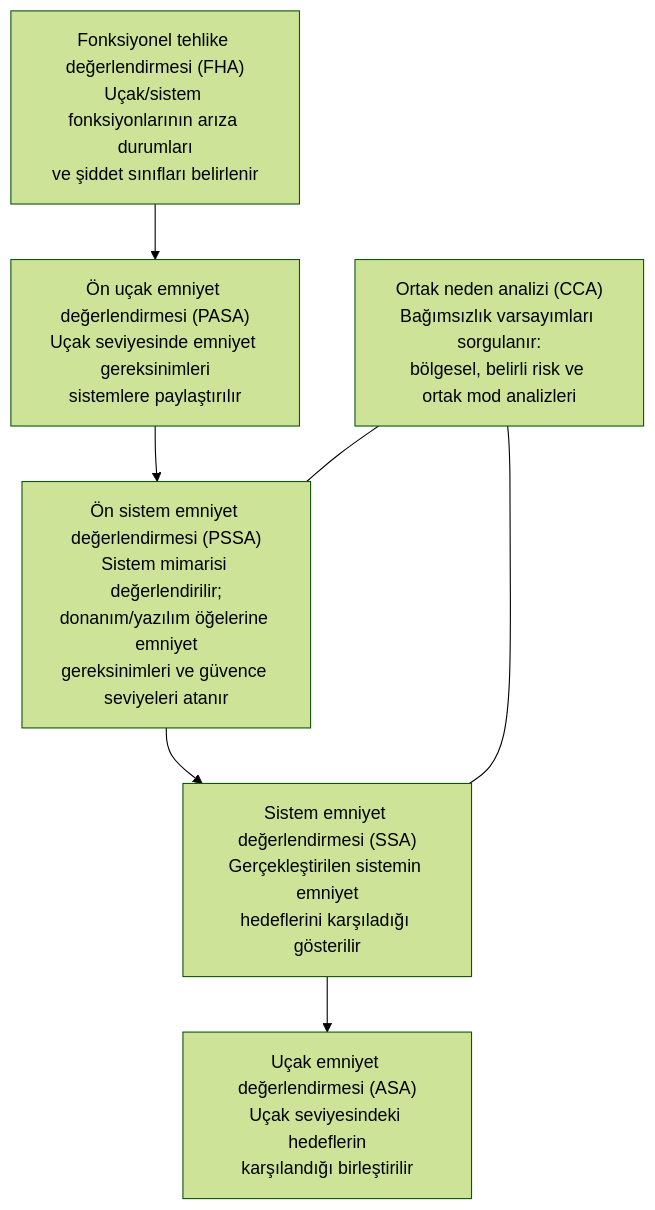
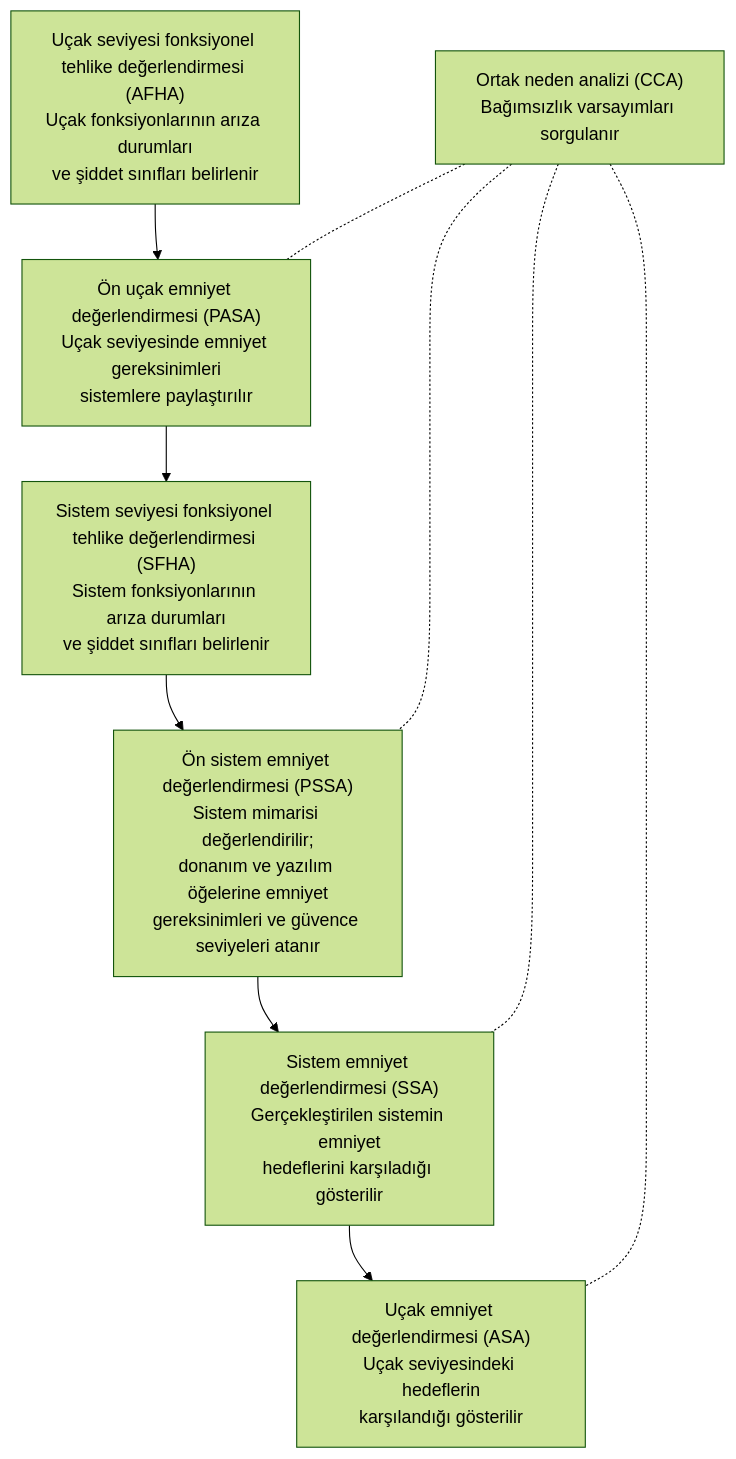
One commit to Mavrikant/aviyonikyazilim changed the first of 2 diagrams in kitap/02-baglam/03-sistem-emniyet-degerlendirmesi-baglaminda-yazilim.md. Above: the diagram before and after it, drawn with Mermaid (forest theme). The commit also changed other lines of this file and 35 other files, not shown here.

````diff
--- a/kitap/02-baglam/03-sistem-emniyet-degerlendirmesi-baglaminda-yazilim.md
+++ b/kitap/02-baglam/03-sistem-emniyet-degerlendirmesi-baglaminda-yazilim.md
@@ -21,13 +27,16 @@
 ```mermaid
 flowchart TD
-    FHA["Fonksiyonel tehlike değerlendirmesi (FHA)<br/>Uçak/sistem fonksiyonlarının arıza durumları<br/>ve şiddet sınıfları belirlenir"]
+    AFHA["Uçak seviyesi fonksiyonel tehlike değerlendirmesi (AFHA)<br/>Uçak fonksiyonlarının arıza durumları<br/>ve şiddet sınıfları belirlenir"]
     PASA["Ön uçak emniyet değerlendirmesi (PASA)<br/>Uçak seviyesinde emniyet gereksinimleri<br/>sistemlere paylaştırılır"]
-    PSSA["Ön sistem emniyet değerlendirmesi (PSSA)<br/>Sistem mimarisi değerlendirilir;<br/>donanım/yazılım öğelerine emniyet<br/>gereksinimleri ve güvence seviyeleri atanır"]
-    CCA["Ortak neden analizi (CCA)<br/>Bağımsızlık varsayımları sorgulanır:<br/>bölgesel, belirli risk ve ortak mod analizleri"]
+    SFHA["Sistem seviyesi fonksiyonel tehlike değerlendirmesi (SFHA)<br/>Sistem fonksiyonlarının arıza durumları<br/>ve şiddet sınıfları belirlenir"]
+    PSSA["Ön sistem emniyet değerlendirmesi (PSSA)<br/>Sistem mimarisi değerlendirilir;<br/>donanım ve yazılım öğelerine emniyet<br/>gereksinimleri ve güvence seviyeleri atanır"]
     SSA["Sistem emniyet değerlendirmesi (SSA)<br/>Gerçekleştirilen sistemin emniyet<br/>hedeflerini karşıladığı gösterilir"]
-    ASA["Uçak emniyet değerlendirmesi (ASA)<br/>Uçak seviyesindeki hedeflerin<br/>karşılandığı birleştirilir"]
+    ASA["Uçak emniyet değerlendirmesi (ASA)<br/>Uçak seviyesindeki hedeflerin<br/>karşılandığı gösterilir"]
+    CCA["Ortak neden analizi (CCA)<br/>Bağımsızlık varsayımları sorgulanır"]
 
-    FHA --> PASA --> PSSA --> SSA --> ASA
-    CCA --- PSSA
-    CCA --- SSA
+    AFHA --> PASA --> SFHA --> PSSA --> SSA --> ASA
+    CCA -.- PASA
+    CCA -.- PSSA
+    CCA -.- SSA
+    CCA -.- ASA
 ```
````
